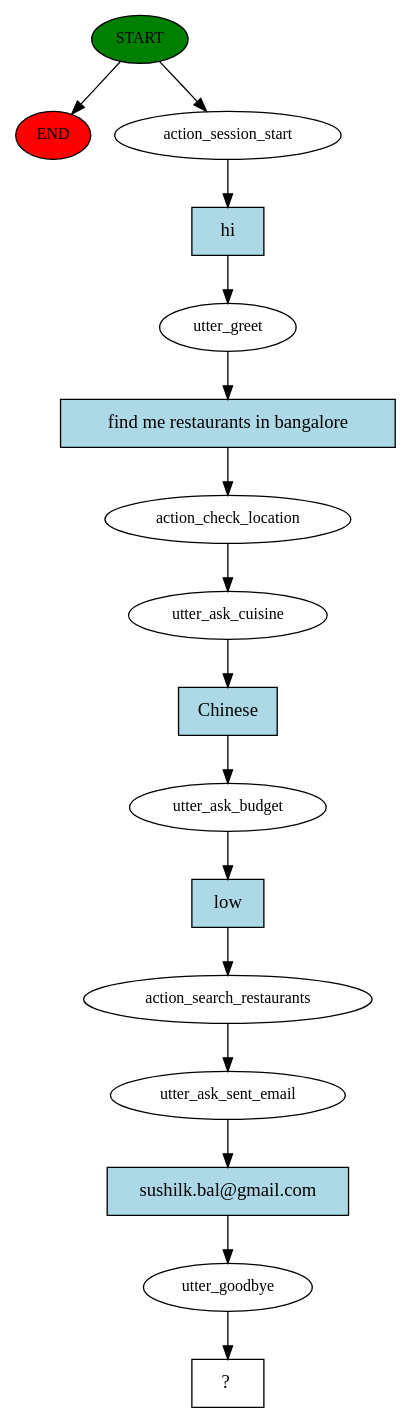
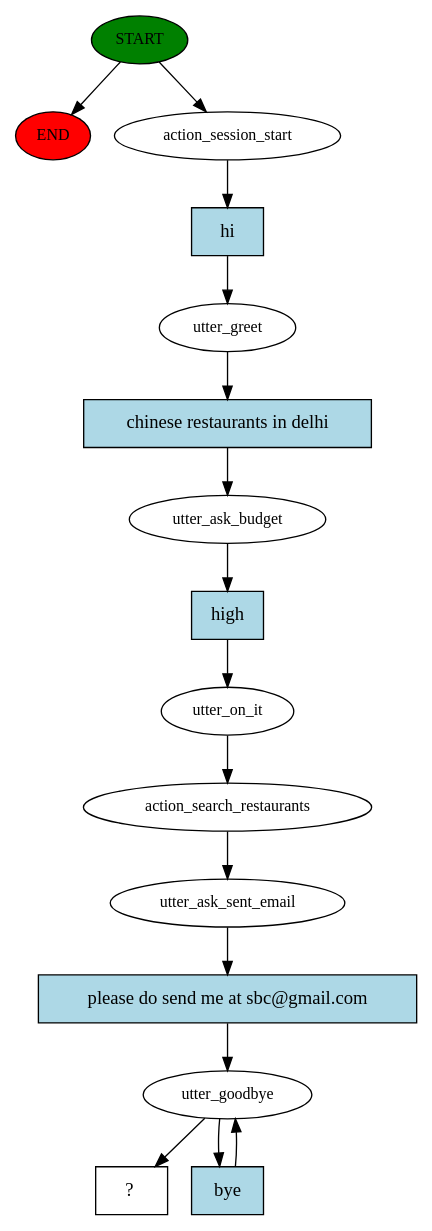
Before and after one commit to sushilbal/nlp_chatbot_zomato: the diagram in story_graph.dot, drawn with Graphviz. The commit also changed 21 other files, not shown here.

```diff
--- a/story_graph.dot
+++ b/story_graph.dot
@@ -1,33 +1,32 @@
 digraph  {
 0 [class="start active", fillcolor=green, fontsize=12, label=START, style=filled];
 "-1" [class=end, fillcolor=red, fontsize=12, label=END, style=filled];
 1 [class=active, fontsize=12, label=action_session_start];
 2 [class=active, fontsize=12, label=utter_greet];
-3 [class=active, fontsize=12, label=action_check_location];
-4 [class=active, fontsize=12, label=utter_ask_cuisine];
-5 [class=active, fontsize=12, label=utter_ask_budget];
-6 [class=active, fontsize=12, label=action_search_restaurants];
-7 [class=active, fontsize=12, label=utter_ask_sent_email];
-8 [class=active, fontsize=12, label=utter_goodbye];
+3 [class=active, fontsize=12, label=utter_ask_budget];
+4 [class=active, fontsize=12, label=utter_on_it];
+5 [class=active, fontsize=12, label=action_search_restaurants];
+6 [class=active, fontsize=12, label=utter_ask_sent_email];
+7 [class=active, fontsize=12, label=utter_goodbye];
 9 [class="intent dashed active", label="  ?  ", shape=rect];
 10 [class="intent active", fillcolor=lightblue, label=hi, shape=rect, style=filled];
-11 [class="intent active", fillcolor=lightblue, label="find me restaurants in bangalore", shape=rect, style=filled];
-12 [class="intent active", fillcolor=lightblue, label=Chinese, shape=rect, style=filled];
-13 [class="intent active", fillcolor=lightblue, label=low, shape=rect, style=filled];
-14 [class="intent active", fillcolor=lightblue, label="sushilk.bal@gmail.com", shape=rect, style=filled];
+11 [class="intent active", fillcolor=lightblue, label="chinese restaurants in delhi", shape=rect, style=filled];
+12 [class="intent active", fillcolor=lightblue, label=high, shape=rect, style=filled];
+13 [class="intent active", fillcolor=lightblue, label="please do send me at sbc@gmail.com", shape=rect, style=filled];
+14 [class="intent active", fillcolor=lightblue, label=bye, shape=rect, style=filled];
 0 -> "-1"  [class="", key=NONE, label=""];
 0 -> 1  [class=active, key=NONE, label=""];
 1 -> 10  [class=active, key=0];
 2 -> 11  [class=active, key=0];
-3 -> 4  [class=active, key=NONE, label=""];
-4 -> 12  [class=active, key=0];
-5 -> 13  [class=active, key=0];
-6 -> 7  [class=active, key=NONE, label=""];
+3 -> 12  [class=active, key=0];
+4 -> 5  [class=active, key=NONE, label=""];
+5 -> 6  [class=active, key=NONE, label=""];
+6 -> 13  [class=active, key=0];
+7 -> 9  [class=active, key=NONE, label=""];
 7 -> 14  [class=active, key=0];
-8 -> 9  [class=active, key=NONE, label=""];
 10 -> 2  [class=active, key=0];
 11 -> 3  [class=active, key=0];
-12 -> 5  [class=active, key=0];
-13 -> 6  [class=active, key=0];
-14 -> 8  [class=active, key=0];
+12 -> 4  [class=active, key=0];
+13 -> 7  [class=active, key=0];
+14 -> 7  [class=active, key=0];
 }
```
